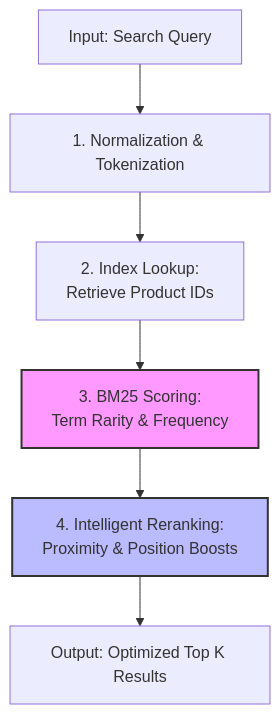
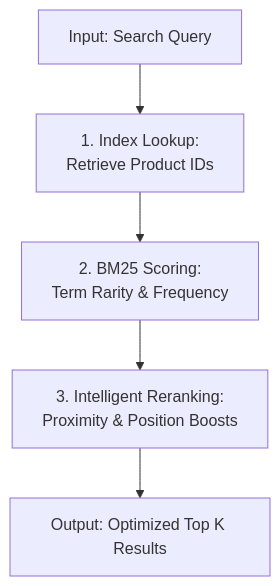
Before and after one commit to phap-bot/SEG301_Project: the third of 4 diagrams in docs/Milestone2_Report.md, drawn with Mermaid. The commit also changed other lines of this file, not shown here.

Commit message:
Refine report: remove colors, simplify flowcharts, and add BM25 formulas

````diff
--- a/docs/Milestone2_Report.md
+++ b/docs/Milestone2_Report.md
@@ -82,11 +81,7 @@
 ```mermaid
 graph TD
-    In[Input: Search Query] --> Norm[1. Normalization & Tokenization]
-    Norm --> Lookup[2. Index Lookup:<br/>Retrieve Product IDs]
-    Lookup --> BM25[3. BM25 Scoring:<br/>Term Rarity & Frequency]
-    BM25 --> Rerank[4. Intelligent Reranking:<br/>Proximity & Position Boosts]
+    In[Input: Search Query] --> Lookup[1. Index Lookup:<br/>Retrieve Product IDs]
+    Lookup --> BM25[2. BM25 Scoring:<br/>Term Rarity & Frequency]
+    BM25 --> Rerank[3. Intelligent Reranking:<br/>Proximity & Position Boosts]
     Rerank --> Out[Output: Optimized Top K Results]
-    
-    style BM25 fill:#f9f,stroke:#333,stroke-width:2px
-    style Rerank fill:#bbf,stroke:#333,stroke-width:2px
 ```
````
